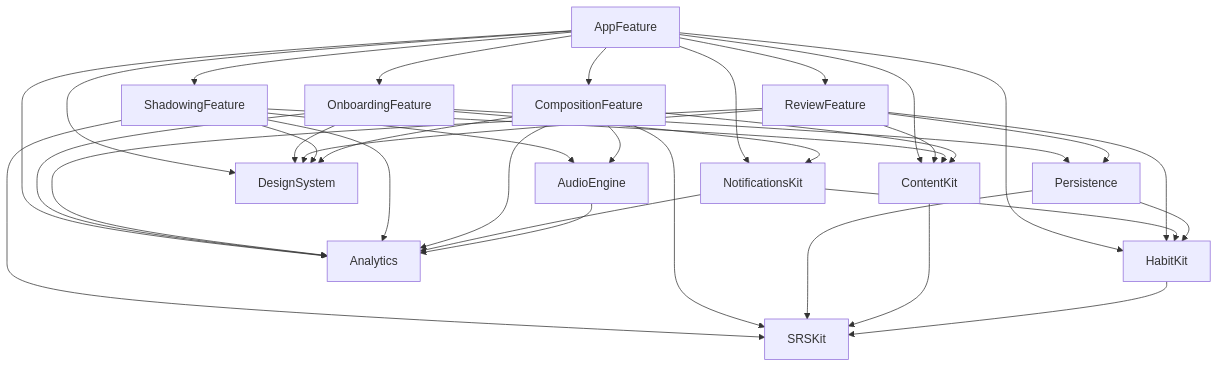
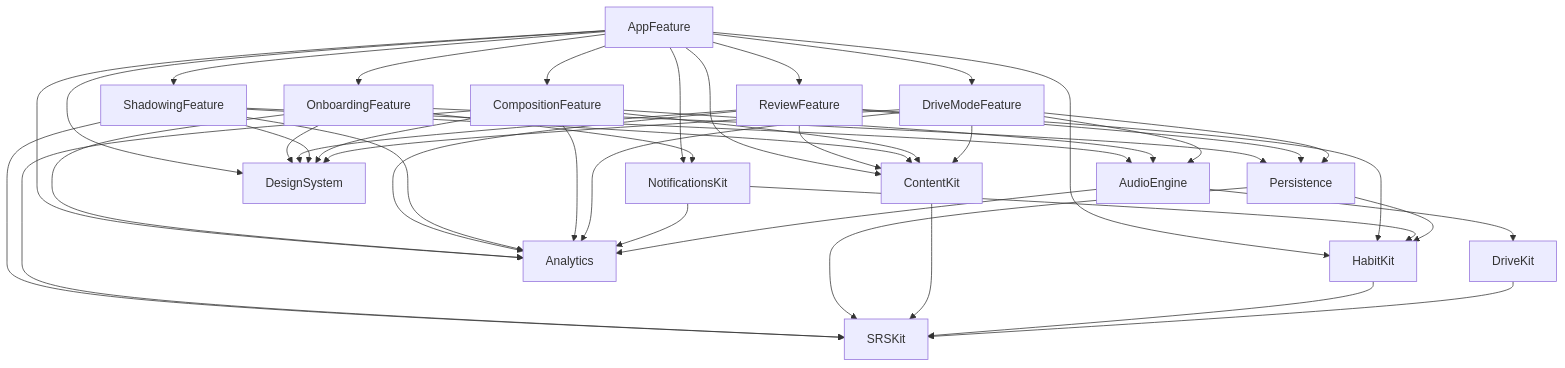
Before and after one commit to Kyogo73/SnapSpeak: the second of 8 diagrams in docs/architecture.md, drawn with Mermaid. The commit also changed other lines of this file and 78 other files, not shown here.

````diff
--- a/docs/architecture.md
+++ b/docs/architecture.md
@@ -108,52 +110,62 @@
 ```mermaid
 flowchart TB
   App["AppFeature"]
   OB["OnboardingFeature"]
   RV["ReviewFeature"]
   SH["ShadowingFeature"]
   CP["CompositionFeature"]
+  DM["DriveModeFeature"]
   NK["NotificationsKit"]
   AE["AudioEngine"]
   CK["ContentKit"]
   PS["Persistence"]
   HK["HabitKit"]
+  DK["DriveKit"]
   SRS["SRSKit"]
   DS["DesignSystem"]
   AN["Analytics"]
 
   App --> OB
   App --> RV
   App --> SH
   App --> CP
+  App --> DM
   App --> NK
   App --> HK
   App --> CK
   App --> DS
   App --> AN
   OB --> PS
   OB --> NK
   OB --> DS
   OB --> AN
   RV --> PS
   RV --> CK
   RV --> DS
   RV --> AN
   RV --> HK
   SH --> AE
   SH --> CK
   SH --> SRS
   SH --> DS
   SH --> AN
   CP --> AE
   CP --> CK
   CP --> SRS
   CP --> DS
   CP --> AN
+  DM --> AE
+  DM --> PS
+  DM --> CK
+  DM --> DS
+  DM --> AN
   NK --> HK
   NK --> AN
   PS --> HK
   PS --> SRS
   AE --> AN
+  AE --> DK
   CK --> SRS
   HK --> SRS
+  DK --> SRS
 ```
````
